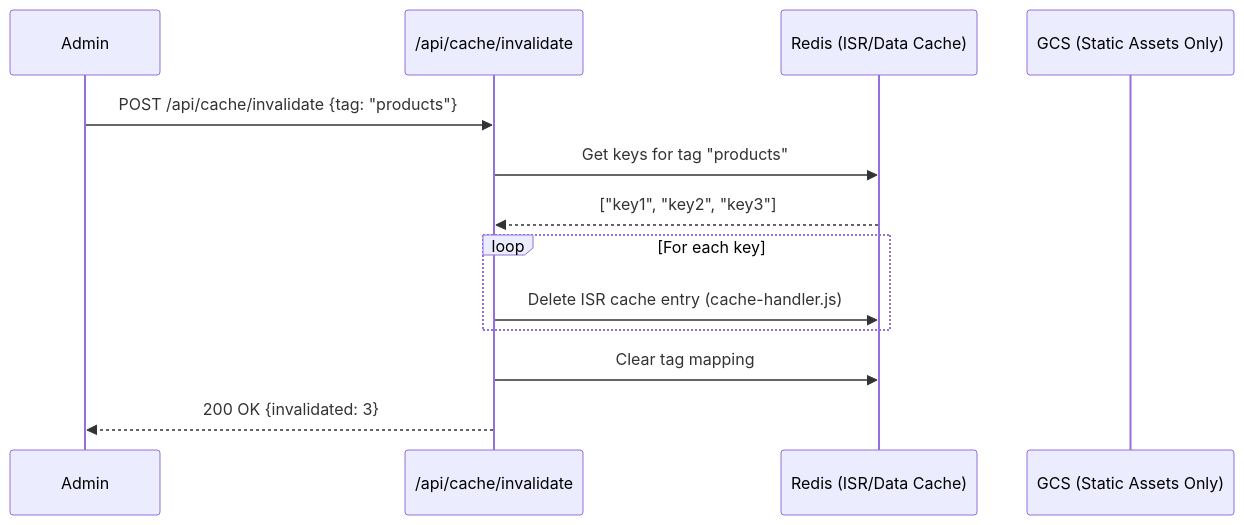
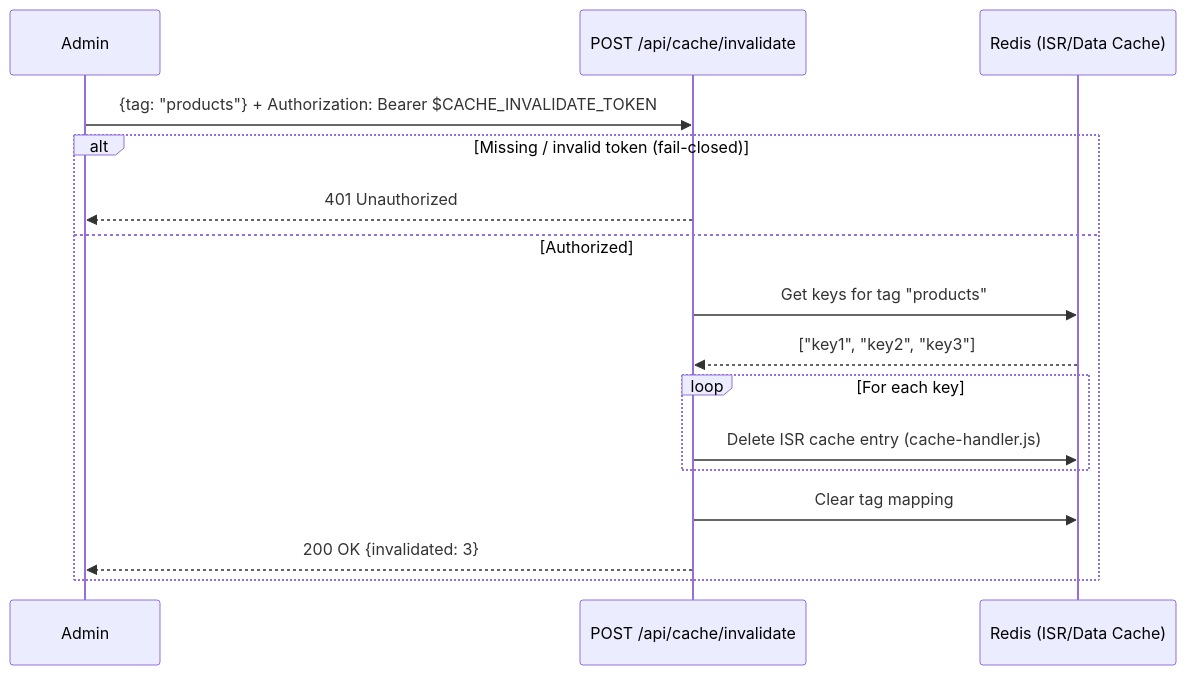
Before and after one commit to getknext-dev/knext: the third of 8 diagrams in docs/ARCHITECTURE.md, drawn with Mermaid. The commit also changed other lines of this file, not shown here.

First line of the commit message:
docs(arch): add control-plane, scale-from-zero & build-target mermaid diagrams; fix stale pipeline + cache-auth flows (#473)

````diff
--- a/docs/ARCHITECTURE.md
+++ b/docs/ARCHITECTURE.md
@@ -123,16 +123,19 @@
 ```mermaid
 sequenceDiagram
     participant Admin
-    participant API as /api/cache/invalidate
+    participant API as POST /api/cache/invalidate
     participant Redis as Redis (ISR/Data Cache)
-    participant GCS as GCS (Static Assets Only)
-    
-    Admin->>API: POST /api/cache/invalidate {tag: "products"}
-    API->>Redis: Get keys for tag "products"
-    Redis-->>API: ["key1", "key2", "key3"]
-    loop For each key
-        API->>Redis: Delete ISR cache entry (cache-handler.js)
+
+    Admin->>API: {tag: "products"} + Authorization: Bearer $CACHE_INVALIDATE_TOKEN
+    alt Missing / invalid token (fail-closed)
+        API-->>Admin: 401 Unauthorized
+    else Authorized
+        API->>Redis: Get keys for tag "products"
+        Redis-->>API: ["key1", "key2", "key3"]
+        loop For each key
+            API->>Redis: Delete ISR cache entry (cache-handler.js)
+        end
+        API->>Redis: Clear tag mapping
+        API-->>Admin: 200 OK {invalidated: 3}
     end
-    API->>Redis: Clear tag mapping
-    API-->>Admin: 200 OK {invalidated: 3}
 ```
````
